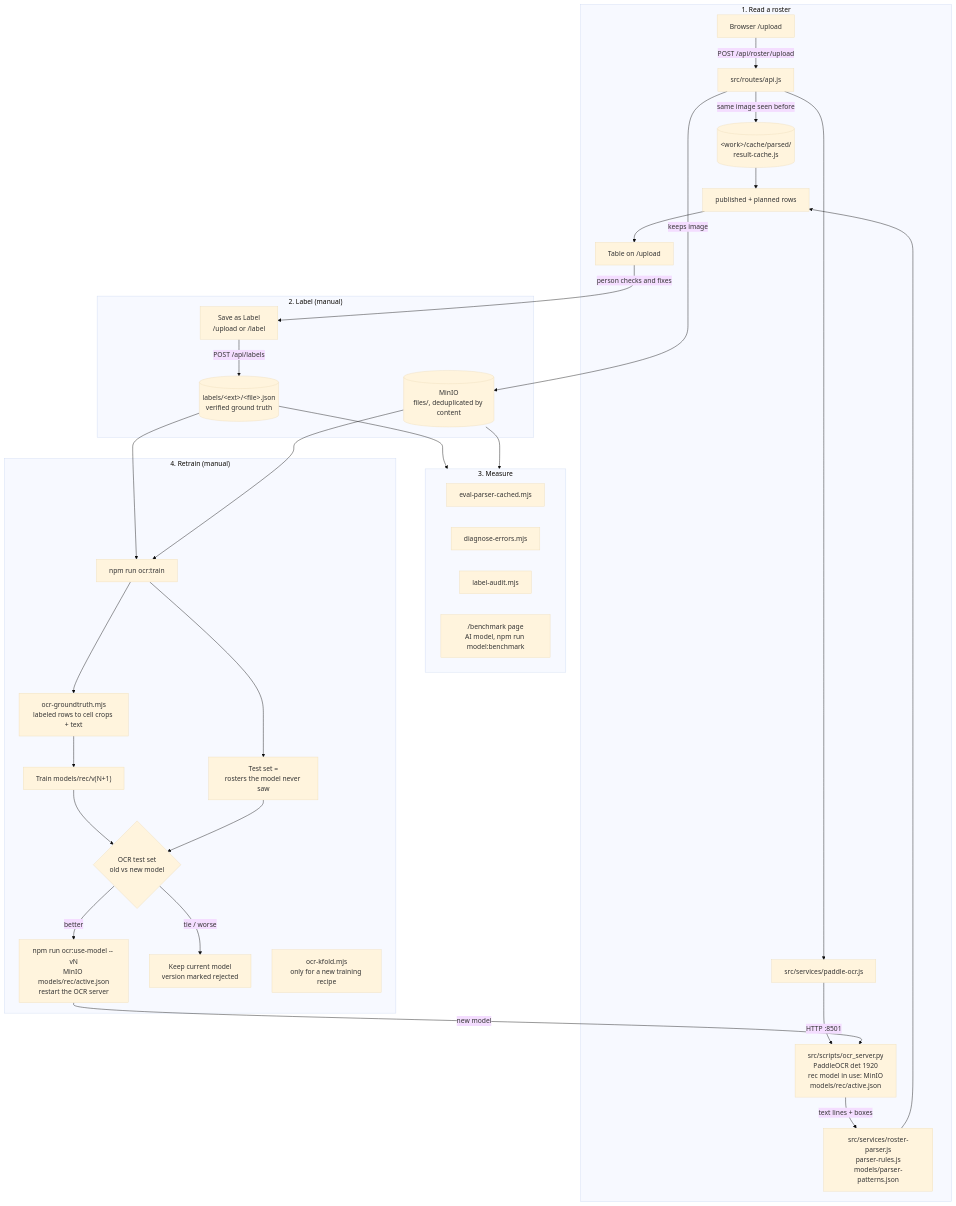
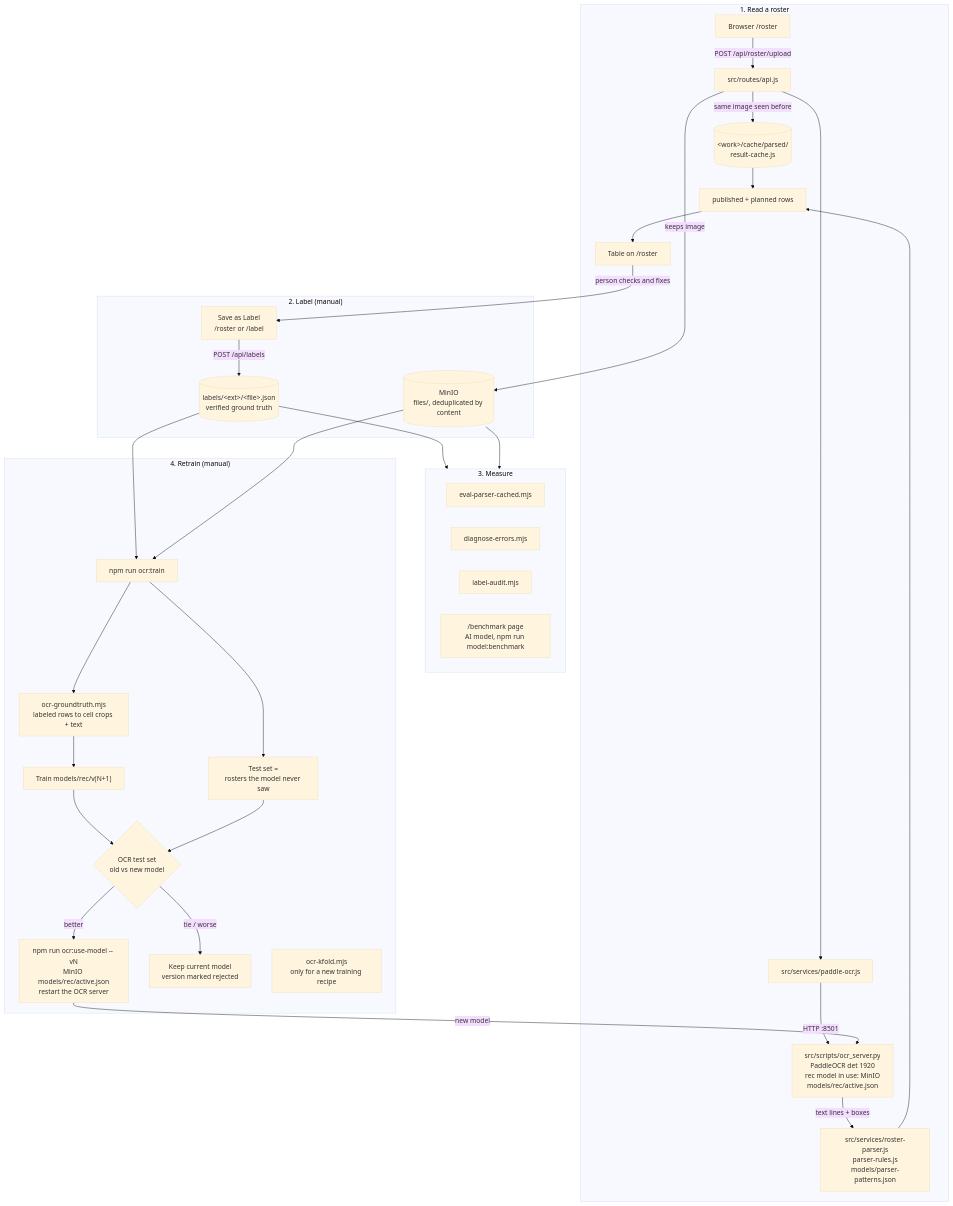
The diagram in README.md (thuannd17/node-ocr), drawn with Mermaid (base theme) before and after one commit. The commit also changed other lines of this file and 44 other files, not shown here.

````diff
--- a/README.md
+++ b/README.md
@@ -16,44 +16,44 @@
 ```mermaid
 flowchart TD
     subgraph READ["1. Read a roster"]
-        U["Browser /upload"] -->|"POST /api/roster/upload"| API["src/routes/api.js"]
+        U["Browser /roster"] -->|"POST /api/roster/upload"| API["src/routes/api.js"]
         API -->|"same image seen before"| PC[("&lt;work&gt;/cache/parsed/<br/>result-cache.js")]
         API --> PO["src/services/paddle-ocr.js"]
         PO -->|"HTTP :8501"| OS["src/scripts/ocr_server.py<br/>PaddleOCR det 1920<br/>rec model in use: MinIO<br/>models/rec/active.json"]
         OS -->|"text lines + boxes"| RP["src/services/roster-parser.js<br/>parser-rules.js<br/>models/parser-patterns.json"]
         RP --> OUT["published + planned rows"]
         PC --> OUT
-        OUT --> T["Table on /upload"]
+        OUT --> T["Table on /roster"]
     end
 
     subgraph LABEL["2. Label (manual)"]
         FD[("MinIO<br/>files/, deduplicated by content")]
-        SL["Save as Label<br/>/upload or /label"] -->|"POST /api/labels"| LB[("labels/&lt;ext&gt;/&lt;file&gt;.json<br/>verified ground truth")]
+        SL["Save as Label<br/>/roster or /label"] -->|"POST /api/labels"| LB[("labels/&lt;ext&gt;/&lt;file&gt;.json<br/>verified ground truth")]
     end
 
     subgraph MEASURE["3. Measure"]
         EP["eval-parser-cached.mjs"]
         DE["diagnose-errors.mjs"]
         AL["label-audit.mjs"]
         BP["/benchmark page<br/>AI model, npm run model:benchmark"]
     end
 
     subgraph RETRAIN["4. Retrain (manual)"]
         RC["npm run ocr:train"] --> TS["Test set =<br/>rosters the model never saw"]
         RC --> GT["ocr-groundtruth.mjs<br/>labeled rows to cell crops + text"]
         GT --> TR["Train models/rec/v(N+1)"]
         TR --> CMP{"OCR test set<br/>old vs new model"}
         TS --> CMP
         CMP -->|"better"| UM["npm run ocr:use-model -- vN<br/>MinIO models/rec/active.json<br/>restart the OCR server"]
         CMP -->|"tie / worse"| KEEP["Keep current model<br/>version marked rejected"]
         KF["ocr-kfold.mjs<br/>only for a new training recipe"]
     end
 
     API -->|"keeps image"| FD
     T -->|"person checks and fixes"| SL
     LB --> MEASURE
     FD --> MEASURE
     LB --> RC
     FD --> RC
     UM -->|"new model"| OS
 ```
````
